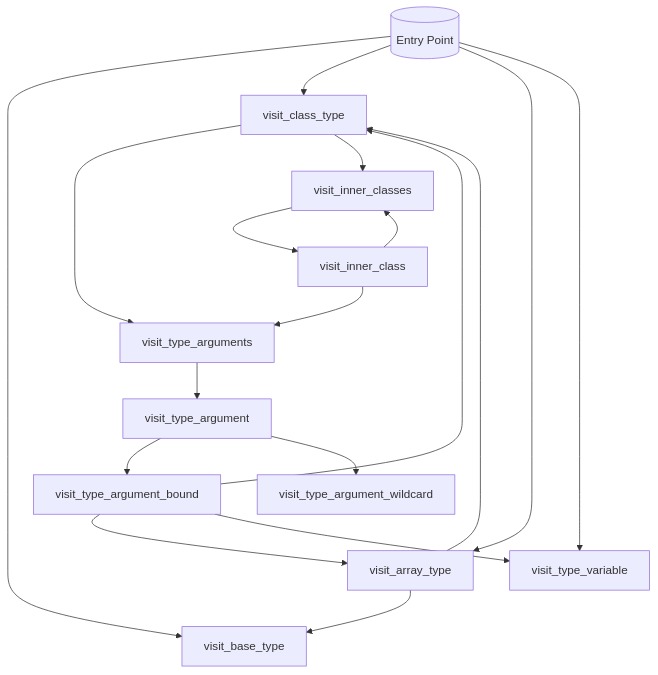
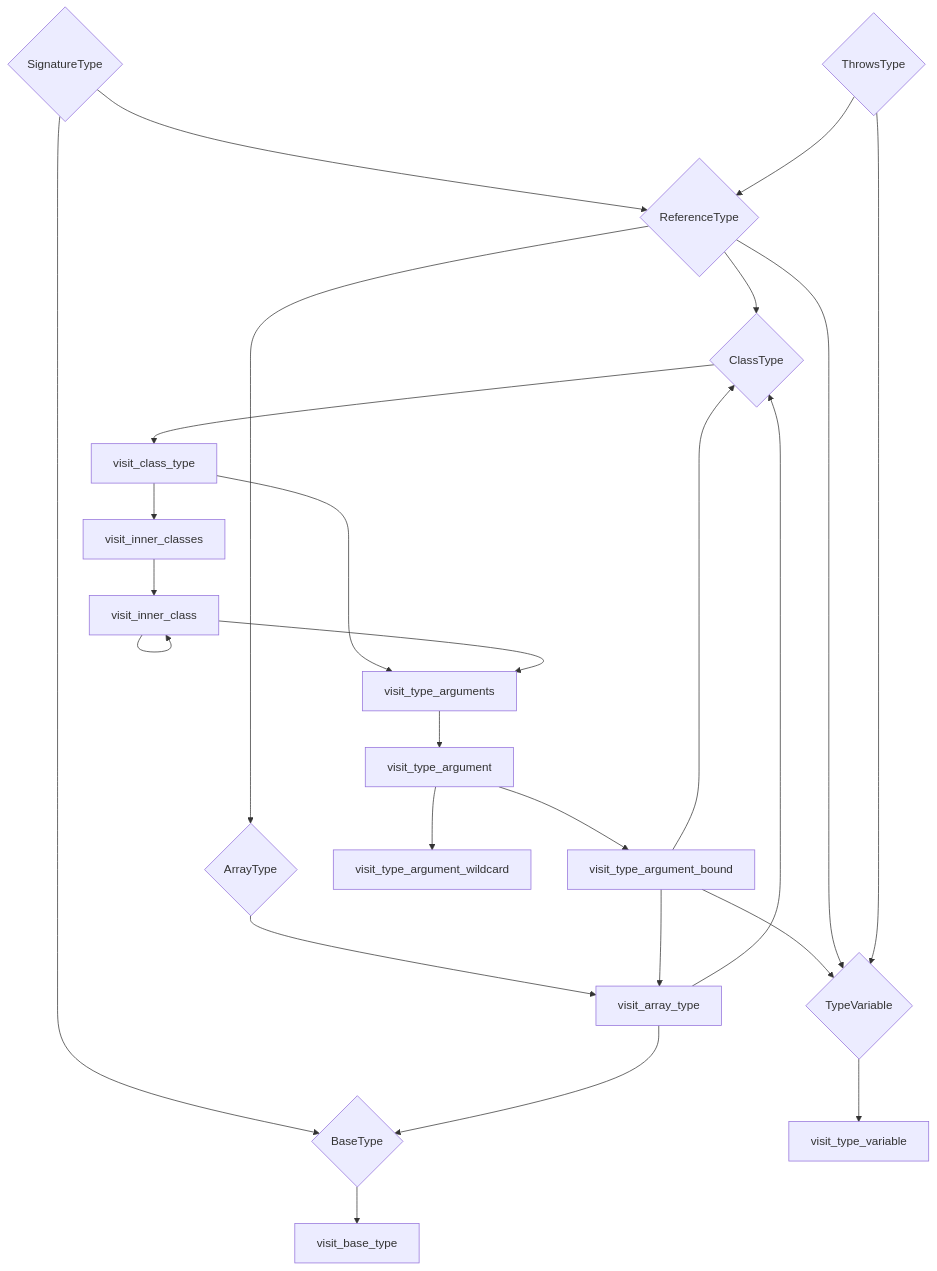
One commit to ChAoSUnItY/Ka-Pi changed the diagram in assets/flow/signature/type_visitor_graph.mmd. Above: the diagram before and after it, drawn with Mermaid. The commit also changed 2 other files, not shown here.

Commit message:
Doc: Enhance flowchart of visit function invocation orders

```diff
--- a/assets/flow/signature/type_visitor_graph.mmd
+++ b/assets/flow/signature/type_visitor_graph.mmd
@@ -1,33 +1,44 @@
 flowchart
-    A0[(Entry Point)]
-    A1[visit_base_type]
-    A2[visit_class_type]
-    A3[visit_array_type]
-    A4[visit_type_variable]
-    B0[visit_type_arguments]
-    B1[visit_type_argument]
-    B2[visit_type_argument_bound]
-    B3[visit_type_argument_wildcard]
-    C0[visit_inner_classes]
-    C1[visit_inner_class]
+    TV_TYP_REF{ReferenceType}
+    TV_TYP_SIG{SignatureType}
+    TV_TYP_THR{ThrowsType}
+    TV_TYP_BAS{BaseType}
+    TV_TYP_ARR{ArrayType}
+    TV_TYP_CLS{ClassType}
+    TV_TYP_TYP_VAR{TypeVariable}
 
-    A0 --> A1
-    A0 --> A2
-    A0 --> A3
-    A0 --> A4
+    TV_A1[visit_base_type]
+    TV_A2[visit_class_type]
+    TV_A3[visit_array_type]
+    TV_A4[visit_type_variable]
+    TV_B0[visit_type_arguments]
+    TV_B1[visit_type_argument]
+    TV_B2[visit_type_argument_bound]
+    TV_B3[visit_type_argument_wildcard]
+    TV_C0[visit_inner_classes]
+    TV_C1[visit_inner_class]
 
-    A3 --> A2
-    A3 --> A1
+    TV_TYP_REF & TV_B2 & TV_A3 --> TV_TYP_CLS
+    TV_TYP_SIG & TV_TYP_THR --> TV_TYP_REF
 
-    A2 --> B0
-    B0 --> B1
-    B1 --> B2
-    B1 --> B3
-    B2 --> A2
-    B2 --> A3
-    B2 --> A4
+    TV_TYP_SIG & TV_A3 --> TV_TYP_BAS
+    TV_TYP_REF --> TV_TYP_ARR
+    
+    TV_TYP_BAS --> TV_A1
+    TV_TYP_ARR --> TV_A3
+    TV_TYP_CLS --> TV_A2
+    TV_TYP_TYP_VAR --> TV_A4
 
-    A2 --> C0
-    C0 --> C1
-    C1 --> B0
-    C1 --> C0
+    TV_A2 --> TV_B0
+    TV_B0 --> TV_B1
+    TV_B1 --> TV_B3
+    TV_B1 --> TV_B2
+    TV_B2 --> TV_A3 & TV_TYP_TYP_VAR
+
+    TV_A2 --> TV_C0
+    TV_C0 --> TV_C1
+    TV_C1 --> TV_B0
+    TV_C1 --> TV_C1
+
+    TV_TYP_REF --> TV_TYP_TYP_VAR
+    TV_TYP_THR --> TV_TYP_TYP_VAR
```
